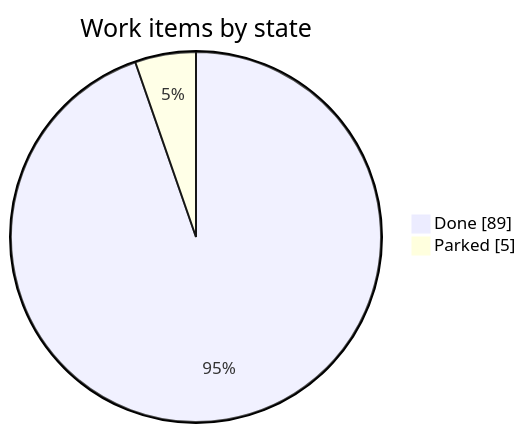
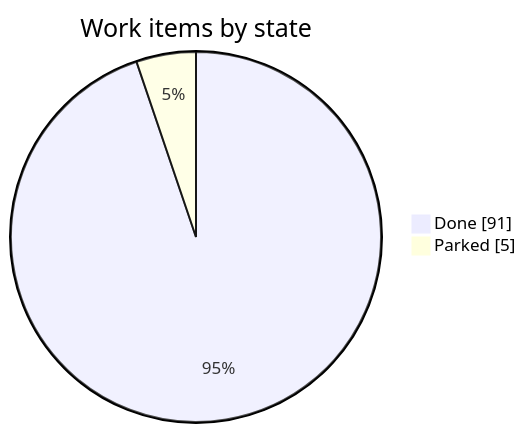
The first of 2 diagrams in STATUS.md (LoMagnette/ghost-light), drawn with Mermaid before and after one commit. The commit also changed other lines of this file, not shown here.

````diff
--- a/STATUS.md
+++ b/STATUS.md
@@ -39,6 +39,6 @@
 ```mermaid
 pie showData
     title Work items by state
-    "Done" : 89
+    "Done" : 91
     "Parked" : 5
 ```
````
